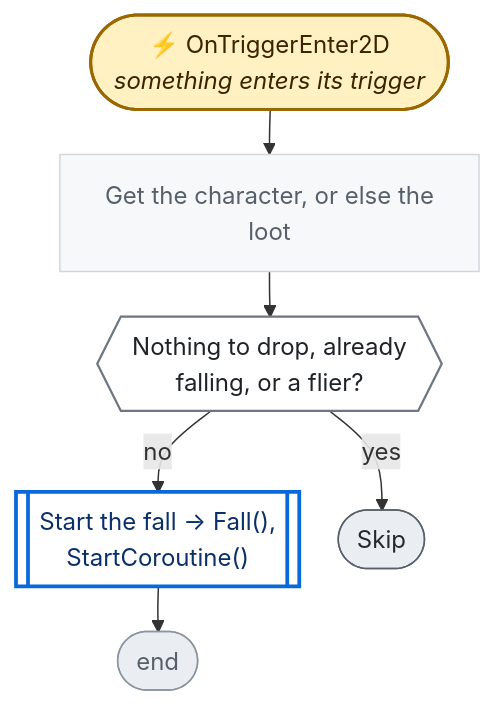
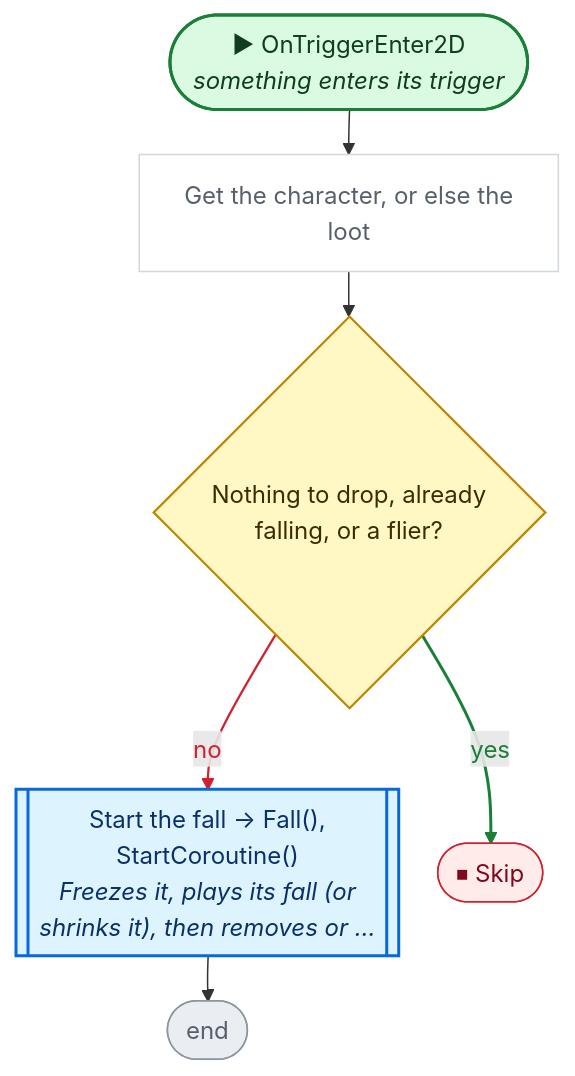
One commit to nataiai/Lord-of-the-Dungeon changed the second of 3 diagrams in CodeGraph~/graph/Map/Hole.cs.md. Above: the diagram before and after it, drawn with Mermaid. The commit also changed other lines of this file and 44 other files, not shown here.

````diff
--- a/CodeGraph~/graph/Map/Hole.cs.md
+++ b/CodeGraph~/graph/Map/Hole.cs.md
@@ -44,37 +44,43 @@
 ```mermaid
 ---
 config:
   flowchart:
     wrappingWidth: 260
     nodeSpacing: 26
     rankSpacing: 30
 ---
 flowchart TD
-  nS(["⚡ OnTriggerEnter2D<br><i>something enters its trigger</i>"])
+  nS(["▶ OnTriggerEnter2D<br><i>something enters its trigger</i>"])
   nf75948["Get the character, or else the<br>loot"]
-  n2d4641{{"Nothing to drop, already<br>falling, or a flier?"}}
-  nbbfd1f[["Start the fall → Fall(),<br>StartCoroutine()"]]
+  n2d4641{"Nothing to drop, already<br>falling, or a flier?"}
+  nbbfd1f[["Start the fall → Fall(),<br>StartCoroutine()<br><i>Freezes it, plays its fall (or</i><br><i>shrinks it), then removes or …</i>"]]
   nE(["end"])
-  nb2e4fc(["Skip"])
+  nb2e4fc(["⏹ Skip"])
   nS --> nf75948
   nf75948 --> n2d4641
   n2d4641 -->|no| nbbfd1f
   n2d4641 -->|yes| nb2e4fc
   nbbfd1f --> nE
-  classDef unity fill:#fff1c2,stroke:#9a6700,stroke-width:2px,color:#3b2300
-  classDef start fill:#ddf4ff,stroke:#0969da,stroke-width:2px,color:#0a3069
-  classDef calc fill:#f6f8fa,stroke:#d0d7de,color:#57606a
-  classDef calls fill:#ffffff,stroke:#0969da,stroke-width:2.5px,color:#0a3069
-  classDef cond fill:#ffffff,stroke:#6e7781,stroke-width:1.5px,color:#1f2328
-  classDef loop fill:#fbefff,stroke:#8250df,color:#3e1f79
-  classDef exit fill:#eaeef2,stroke:#57606a,color:#24292f
-  classDef wait fill:#fff8f0,stroke:#bc4c00,color:#4d1d00
+  linkStyle 2 stroke:#cf222e,stroke-width:1.5px,color:#cf222e
+  linkStyle 3 stroke:#1a7f37,stroke-width:2px,color:#1a7f37
+  classDef unity fill:#dafbe1,stroke:#1a7f37,stroke-width:2px,color:#0f3d1d
+  classDef start fill:#dafbe1,stroke:#1a7f37,stroke-width:2px,color:#0f3d1d
+  classDef calc fill:#ffffff,stroke:#d0d7de,color:#57606a
+  classDef calls fill:#ddf4ff,stroke:#0969da,stroke-width:2px,color:#0a3069
+  classDef ext fill:#ddf4ff,stroke:#0969da,stroke-width:2px,stroke-dasharray:5 3,color:#0a3069
+  classDef cond fill:#fff8c5,stroke:#bf8700,stroke-width:1.5px,color:#3d2a00
+  classDef loop fill:#f6f8fa,stroke:#57606a,color:#1f2328
+  classDef exit fill:#ffebe9,stroke:#cf222e,color:#82071e
+  classDef kill fill:#ffebe9,stroke:#cf222e,stroke-width:2px,color:#82071e
+  classDef spawn fill:#dafbe1,stroke:#1a7f37,stroke-width:2px,color:#0f3d1d
+  classDef wait fill:#fff1e5,stroke:#bc4c00,color:#4d1d00
   classDef fin fill:#eaeef2,stroke:#8c959f,color:#57606a
   classDef join fill:#d0d7de,stroke:#8c959f,color:#57606a
+  classDef ghdr fill:#f5f9ff,stroke:#f5f9ff,color:#0a3069,font-weight:bold
   class nf75948 calc
   class nbbfd1f calls
   class n2d4641 cond
   class nb2e4fc exit
   class nE fin
   class nS unity
 ```
````
